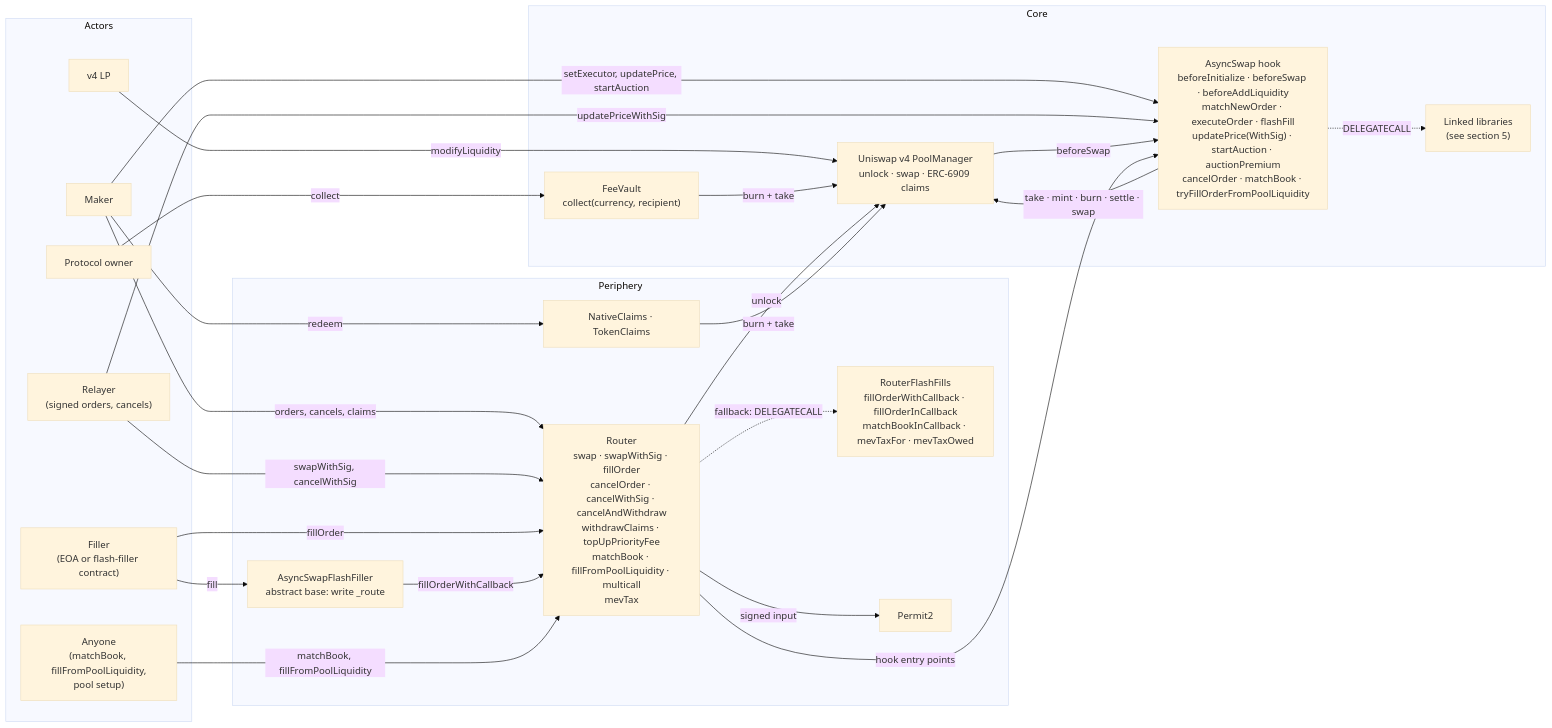
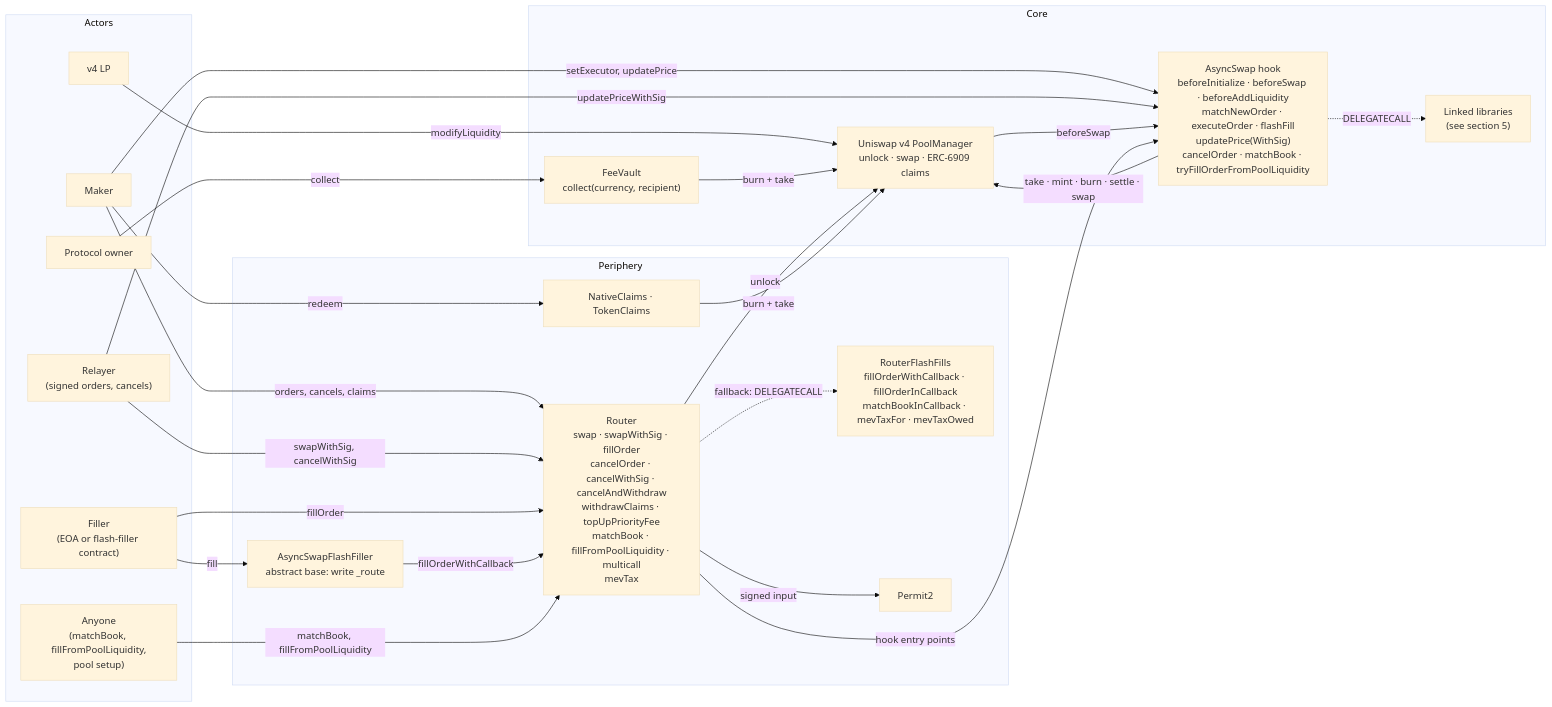
Before and after one commit to asyncswap/contracts: the first of 6 diagrams in docs/protocol.md, drawn with Mermaid (base theme). The commit also changed other lines of this file and 29 other files, not shown here.

````diff
--- a/docs/protocol.md
+++ b/docs/protocol.md
@@ -27,48 +26,48 @@
 ```mermaid
 flowchart LR
     subgraph Actors
         Maker["Maker"]
         Relayer["Relayer<br/>(signed orders, cancels)"]
         Filler["Filler<br/>(EOA or flash-filler contract)"]
         Anyone["Anyone<br/>(matchBook, fillFromPoolLiquidity,<br/>pool setup)"]
         LP["v4 LP"]
         Owner["Protocol owner"]
     end
 
     subgraph Periphery
         Router["Router<br/>swap · swapWithSig · fillOrder<br/>cancelOrder · cancelWithSig · cancelAndWithdraw<br/>withdrawClaims · topUpPriorityFee<br/>matchBook · fillFromPoolLiquidity · multicall<br/>mevTax"]
         RFF["RouterFlashFills<br/>fillOrderWithCallback · fillOrderInCallback<br/>matchBookInCallback · mevTaxFor · mevTaxOwed"]
         Base["AsyncSwapFlashFiller<br/>abstract base: write _route"]
         Permit2["Permit2"]
         Claims["NativeClaims · TokenClaims"]
     end
 
     subgraph Core
         PM["Uniswap v4 PoolManager<br/>unlock · swap · ERC-6909 claims"]
-        Hook["AsyncSwap hook<br/>beforeInitialize · beforeSwap · beforeAddLiquidity<br/>matchNewOrder · executeOrder · flashFill<br/>updatePrice(WithSig) · startAuction · auctionPremium<br/>cancelOrder · matchBook · tryFillOrderFromPoolLiquidity"]
+        Hook["AsyncSwap hook<br/>beforeInitialize · beforeSwap · beforeAddLiquidity<br/>matchNewOrder · executeOrder · flashFill<br/>updatePrice(WithSig)<br/>cancelOrder · matchBook · tryFillOrderFromPoolLiquidity"]
         Libs["Linked libraries<br/>(see section 5)"]
         Vault["FeeVault<br/>collect(currency, recipient)"]
     end
 
     Maker -->|orders, cancels, claims| Router
-    Maker -->|setExecutor, updatePrice, startAuction| Hook
+    Maker -->|setExecutor, updatePrice| Hook
     Relayer -->|swapWithSig, cancelWithSig| Router
     Relayer -->|updatePriceWithSig| Hook
     Filler -->|fillOrder| Router
     Filler -->|fill| Base
     Base -->|fillOrderWithCallback| Router
     Router -.->|fallback: DELEGATECALL| RFF
     Anyone -->|matchBook, fillFromPoolLiquidity| Router
     LP -->|modifyLiquidity| PM
     Owner -->|collect| Vault
 
     Router -->|unlock| PM
     Router -->|signed input| Permit2
     PM -->|beforeSwap| Hook
     Router -->|hook entry points| Hook
     Hook -.->|DELEGATECALL| Libs
     Hook -->|take · mint · burn · settle · swap| PM
     Vault -->|burn + take| PM
     Maker -->|redeem| Claims
     Claims -->|burn + take| PM
 ```
````
